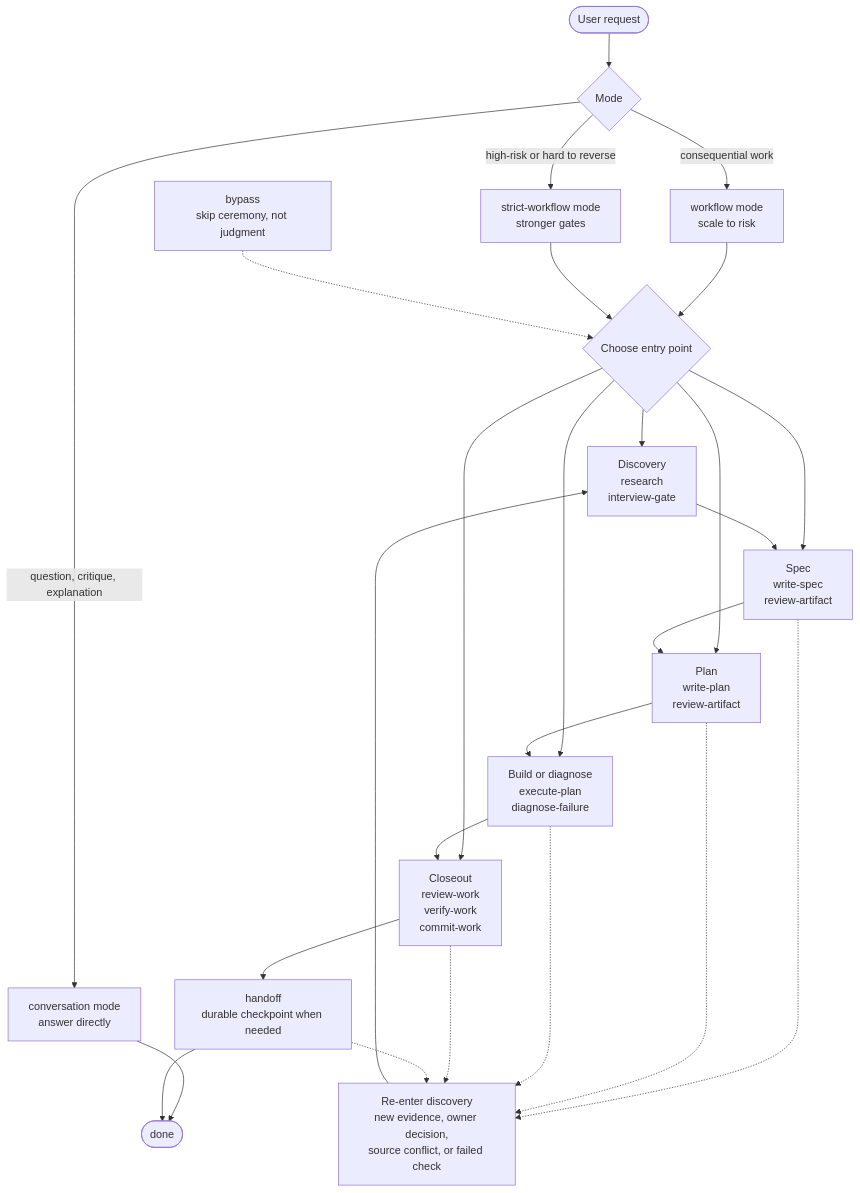
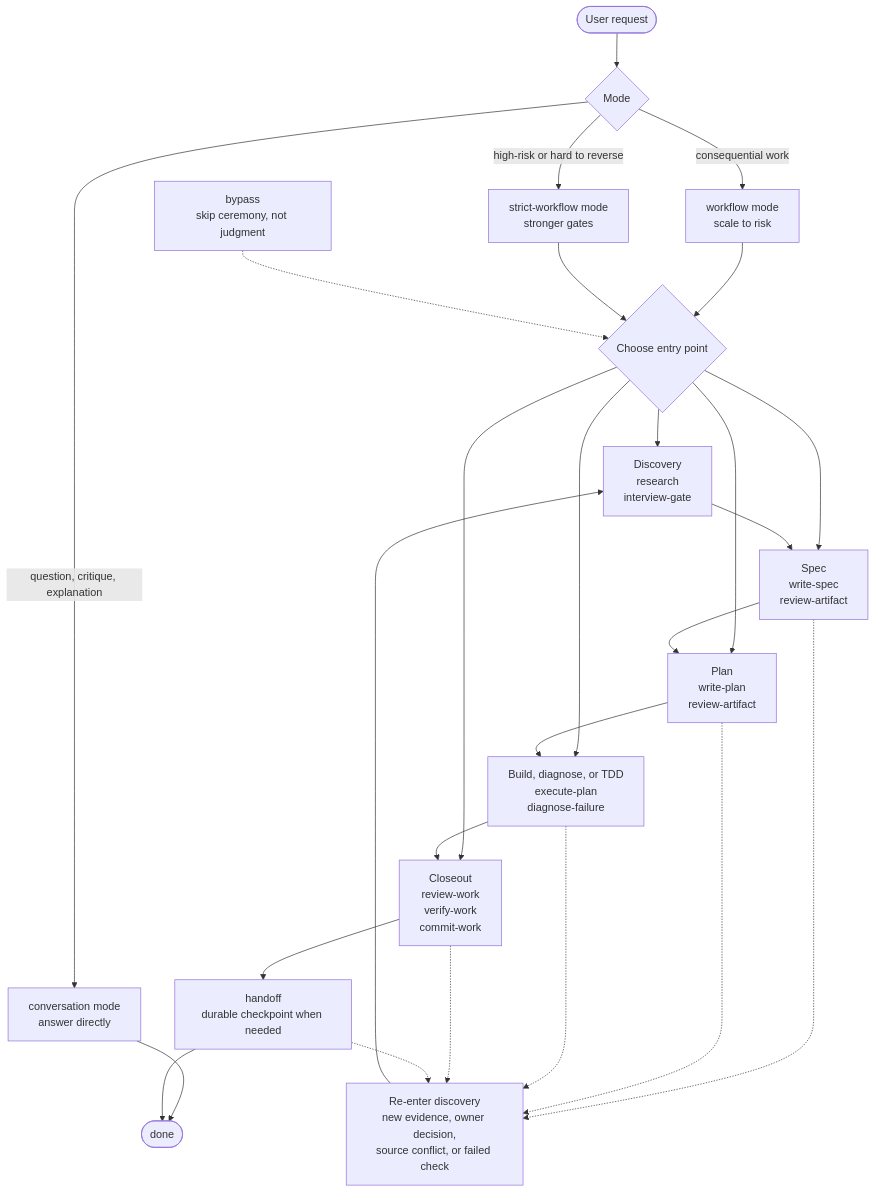
Before and after one commit to hassan-mohiddin/freeflow: the second of 2 diagrams in plugins/freeflow/skills/workflow/references/workflow-map.md, drawn with Mermaid. The commit also changed other lines of this file and 30 other files, not shown here.

First line of the commit message:
Deepen execute plan review routing

````diff
--- a/plugins/freeflow/skills/workflow/references/workflow-map.md
+++ b/plugins/freeflow/skills/workflow/references/workflow-map.md
@@ -39,36 +39,36 @@
 ```mermaid
 flowchart TD
   Request([User request]) --> Mode{Mode}
 
   Mode -->|question, critique, explanation| Conversation[conversation mode<br/>answer directly]
   Conversation --> Done([done])
 
   Mode -->|consequential work| Workflow[workflow mode<br/>scale to risk]
   Mode -->|high-risk or hard to reverse| Strict[strict-workflow mode<br/>stronger gates]
 
   Workflow --> Entry{Choose entry point}
   Strict --> Entry
 
   Entry --> Discovery[Discovery<br/>research<br/>interview-gate]
   Entry --> Spec[Spec<br/>write-spec<br/>review-artifact]
   Entry --> Plan[Plan<br/>write-plan<br/>review-artifact]
-  Entry --> Build[Build or diagnose<br/>execute-plan<br/>diagnose-failure]
+  Entry --> Build[Build, diagnose, or TDD<br/>execute-plan<br/>diagnose-failure]
   Entry --> Closeout[Closeout<br/>review-work<br/>verify-work<br/>commit-work]
 
   Discovery --> Spec
   Spec --> Plan
   Plan --> Build
   Build --> Closeout
   Closeout --> Handoff[handoff<br/>durable checkpoint when needed]
   Handoff --> Done
 
   Reenter[Re-enter discovery<br/>new evidence, owner decision,<br/>source conflict, or failed check]
   Spec -.-> Reenter
   Plan -.-> Reenter
   Build -.-> Reenter
   Closeout -.-> Reenter
   Handoff -.-> Reenter
   Reenter --> Discovery
 
   Bypass[bypass<br/>skip ceremony, not judgment] -.-> Entry
 ```
````
